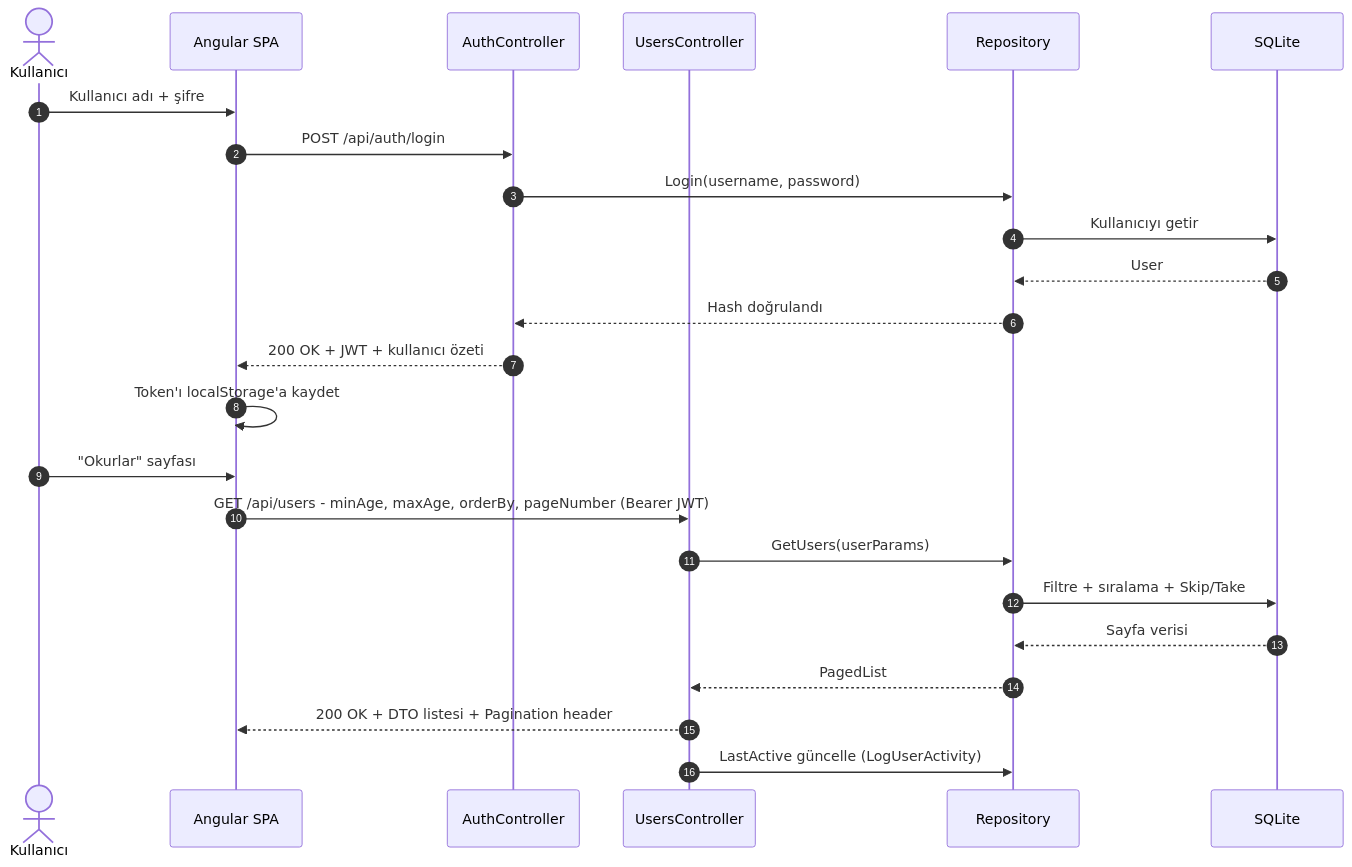
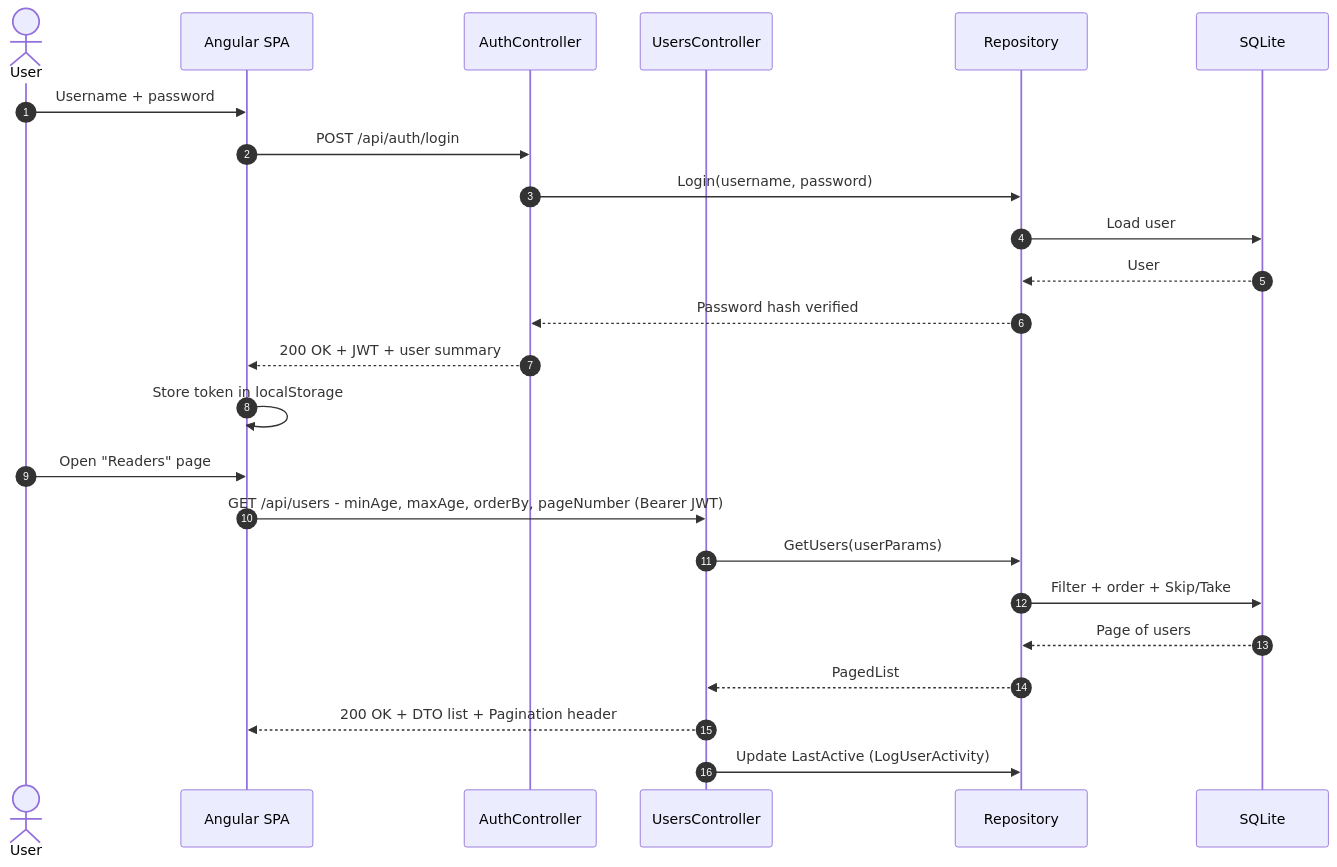
One commit to NisanurBulut/KimOkurAPP changed the fourth of 5 diagrams in README.md. Above: the diagram before and after it, drawn with Mermaid. The commit also changed other lines of this file, not shown here.

````diff
--- a/README.md
+++ b/README.md
@@ -228,28 +237,28 @@
 ```mermaid
 sequenceDiagram
     autonumber
-    actor U as Kullanıcı
+    actor U as User
     participant SPA as Angular SPA
     participant AUTH as AuthController
     participant USR as UsersController
     participant REPO as Repository
     participant DB as SQLite
 
-    U->>SPA: Kullanıcı adı + şifre
+    U->>SPA: Username + password
     SPA->>AUTH: POST /api/auth/login
     AUTH->>REPO: Login(username, password)
-    REPO->>DB: Kullanıcıyı getir
+    REPO->>DB: Load user
     DB-->>REPO: User
-    REPO-->>AUTH: Hash doğrulandı
-    AUTH-->>SPA: 200 OK + JWT + kullanıcı özeti
-    SPA->>SPA: Token'ı localStorage'a kaydet
+    REPO-->>AUTH: Password hash verified
+    AUTH-->>SPA: 200 OK + JWT + user summary
+    SPA->>SPA: Store token in localStorage
 
-    U->>SPA: "Okurlar" sayfası
+    U->>SPA: Open "Readers" page
     SPA->>USR: GET /api/users - minAge, maxAge, orderBy, pageNumber (Bearer JWT)
     USR->>REPO: GetUsers(userParams)
-    REPO->>DB: Filtre + sıralama + Skip/Take
-    DB-->>REPO: Sayfa verisi
+    REPO->>DB: Filter + order + Skip/Take
+    DB-->>REPO: Page of users
     REPO-->>USR: PagedList
-    USR-->>SPA: 200 OK + DTO listesi + Pagination header
-    USR->>REPO: LastActive güncelle (LogUserActivity)
+    USR-->>SPA: 200 OK + DTO list + Pagination header
+    USR->>REPO: Update LastActive (LogUserActivity)
 ```
````
